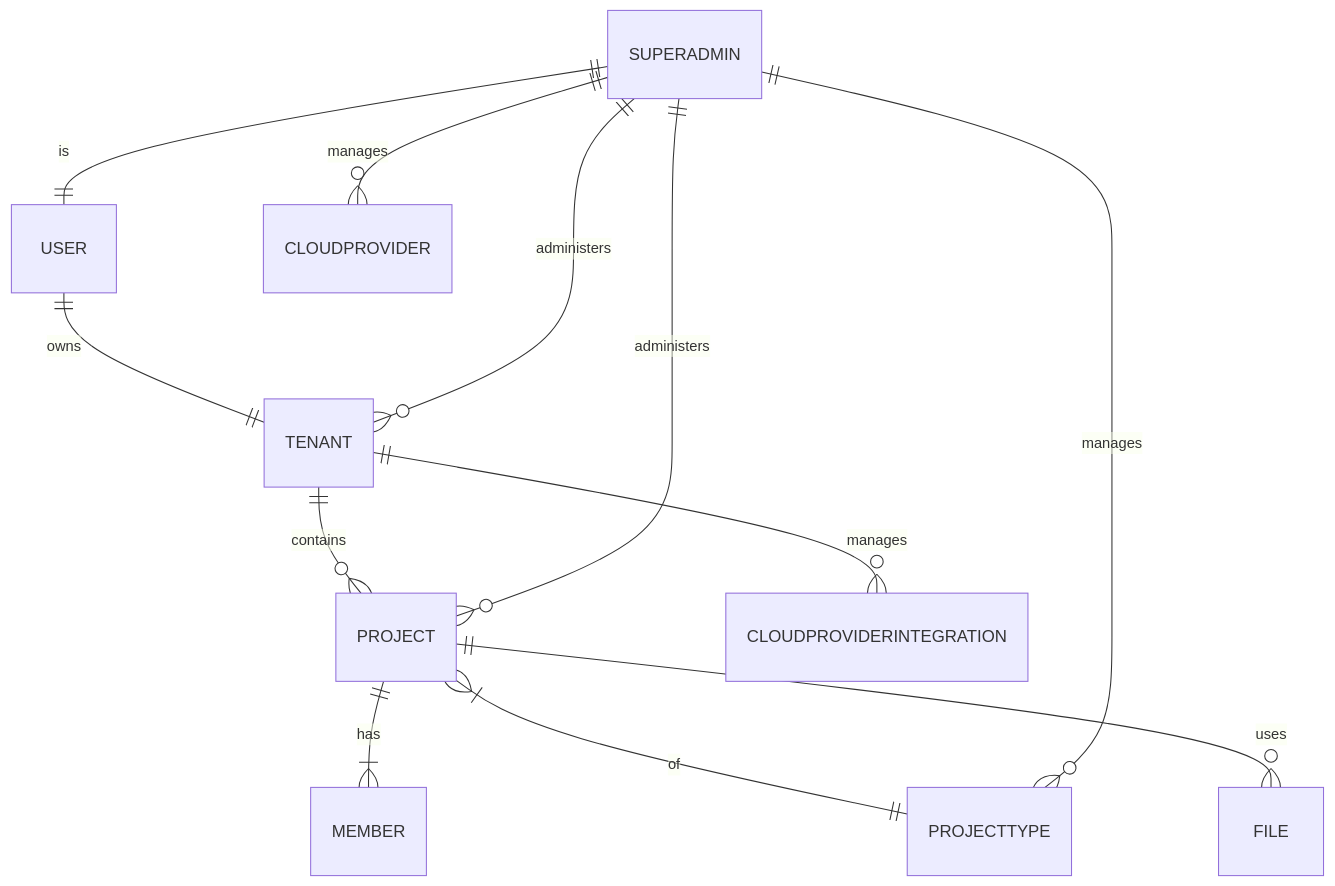
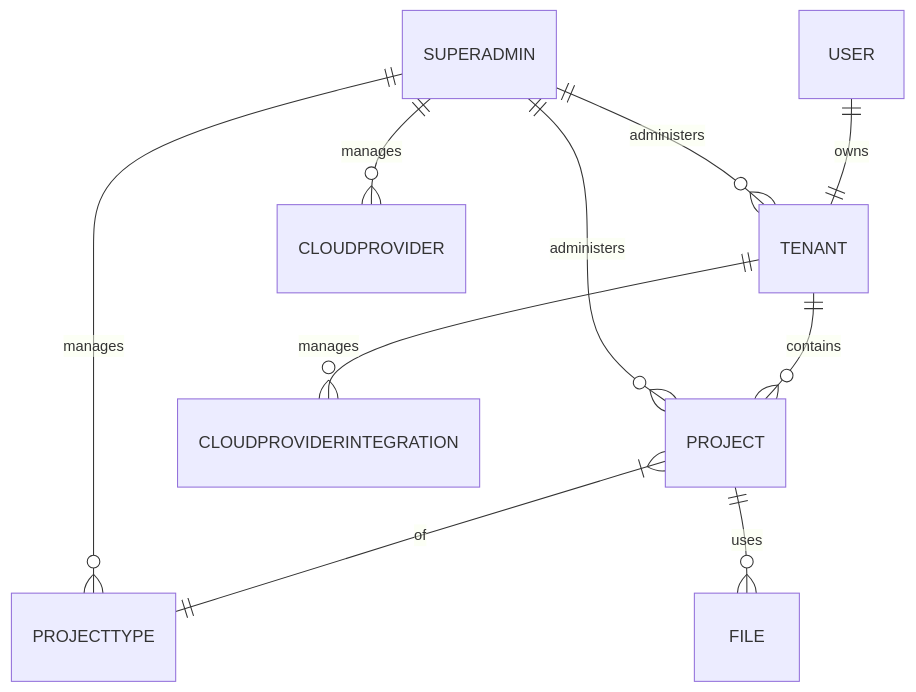
The diagram in docs/architecture/domainmap.md (dhirmadi/mwap), drawn with Mermaid before and after one commit. The commit also changed other lines of this file, not shown here.

````diff
--- a/docs/architecture/domainmap.md
+++ b/docs/architecture/domainmap.md
@@ -205,14 +221,12 @@
 ```mermaid
 erDiagram
   USER ||--|| TENANT : owns
   TENANT ||--o{ PROJECT : contains
   TENANT ||--o{ CLOUDPROVIDERINTEGRATION : manages
-  PROJECT ||--|{ MEMBER : has
   PROJECT }|--|| PROJECTTYPE : of
   PROJECT ||--o{ FILE : uses
-  SUPERADMIN ||--|| USER : is
   SUPERADMIN ||--o{ TENANT : administers
   SUPERADMIN ||--o{ PROJECT : administers
   SUPERADMIN ||--o{ PROJECTTYPE : manages
   SUPERADMIN ||--o{ CLOUDPROVIDER : manages
 ```
````
